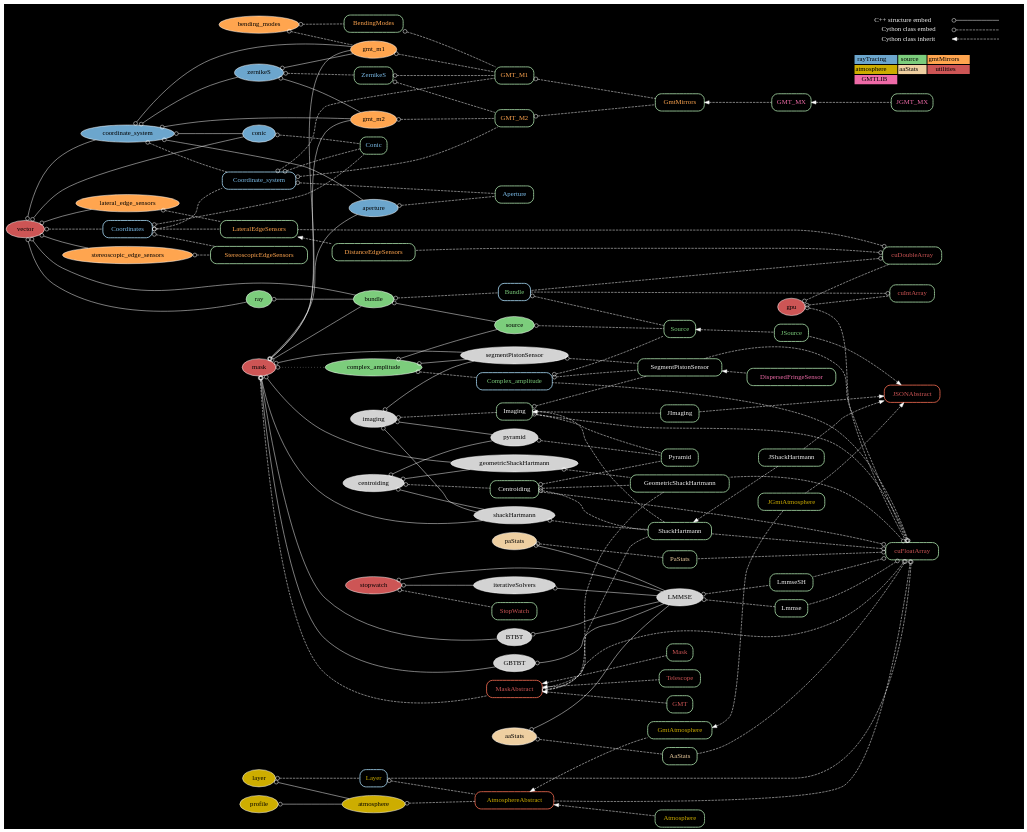
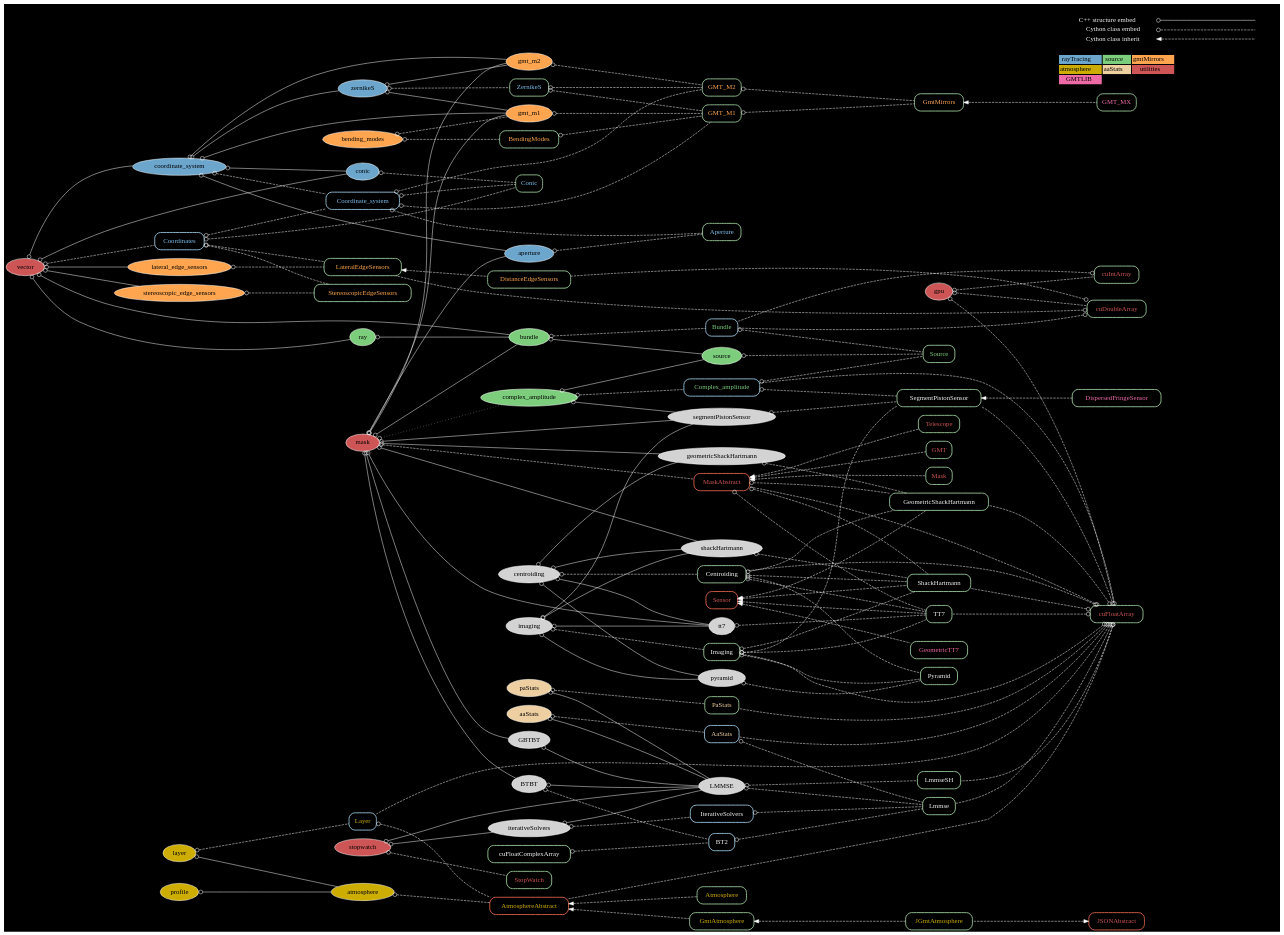
One commit to rconan/CEO changed the diagram in graph/ceo.dot. Above: the diagram before and after it, drawn with Graphviz. The commit also changed 1 other file, not shown here.

Commit message:
CEO GRAPH UPDATE

```diff
--- a/graph/ceo.dot
+++ b/graph/ceo.dot
@@ -2,6 +2,7 @@
 overlap=false
 splines=true
 bgcolor = black
+ranksep=2;
 node[style=filled,fillcolor=lightgray,color=white];
 edge[arrowtail=odot,dir=back,color=white];
 
@@ -50,7 +51,7 @@
 gpu;
 }
 
-centroiding -> {shackHartmann; geometricShackHartmann};
+centroiding -> {shackHartmann; geometricShackHartmann;tt7};
 centroiding -> pyramid;
 bundle -> source;
 
@@ -76,8 +77,8 @@
 gpu;
 
 complex_amplitude -> segmentPistonSensor;
-mask -> {shackHartmann;geometricShackHartmann;gmt_m1;gmt_m2;bundle;BTBT;GBTBT;segmentPistonSensor;}
-imaging -> {shackHartmann;pyramid;segmentPistonSensor;}
+mask -> {shackHartmann;geometricShackHartmann;tt7;gmt_m1;gmt_m2;bundle;BTBT;GBTBT;segmentPistonSensor;}
+imaging -> {shackHartmann;tt7;pyramid;segmentPistonSensor;}
 
 edge[style=dotted,color=white]
 mask -> complex_amplitude;
@@ -96,6 +97,7 @@
 cuFloatArray;
 cuDoubleArray;
 JSONAbstract;
+Sensor;
 }
 
 {
@@ -112,7 +114,6 @@
 Bundle;
 Complex_amplitude;
 Source;
-JSource;
 }
 
 {
@@ -143,12 +144,19 @@
 {
 node[fontcolor=hotpink2]
 GMT_MX;
-JGMT_MX;
 DispersedFringeSensor;
+GeometricTT7;
 }
 
-aaStats -> AaStats;
+AaStats[color=lightskyblue3];
+BT2[color=lightskyblue3];
+IterativeSolvers[color=lightskyblue3];
+
+aaStats -> AaStats -> Lmmse;
 paStats -> PaStats;
+BTBT -> BT2 -> Lmmse;
+iterativeSolvers -> IterativeSolvers -> Lmmse;
+
 
 centroiding -> Centroiding;
 imaging -> Imaging;
@@ -164,9 +172,12 @@
 Bundle -> Source[label="rays"];
 
 shackHartmann -> ShackHartmann;
+tt7 -> TT7;
 geometricShackHartmann -> GeometricShackHartmann;
-MaskAbstract -> {ShackHartmann; GeometricShackHartmann}
-Centroiding -> {ShackHartmann; GeometricShackHartmann}
+MaskAbstract -> {ShackHartmann;
+  TT7; GeometricShackHartmann}
+  Centroiding -> {ShackHartmann;
+    TT7; GeometricShackHartmann}
 
 pyramid -> Pyramid;
 Centroiding -> Pyramid;
@@ -209,14 +220,18 @@
 MaskAbstract[color=coral3]
 mask -> MaskAbstract;
 Complex_amplitude -> SegmentPistonSensor;
-Imaging -> {ShackHartmann;Pyramid;SegmentPistonSensor;}
+Imaging -> {ShackHartmann;
+  TT7;Pyramid;SegmentPistonSensor;}
 
 stopwatch -> StopWatch;
 
 gpu -> {cuFloatArray;cuIntArray;cuDoubleArray;}
 LMMSE -> {Lmmse;LmmseSH;}
-cuFloatArray -> {Imaging;Centroiding;Complex_amplitude;ShackHartmann;GeometricShackHartmann;SegmentPistonSensor;Layer;MaskAbstract;Lmmse;LmmseSH;AtmosphereAbstract;AaStats;PaStats;}
+cuFloatArray -> {Imaging;Centroiding;Complex_amplitude;ShackHartmann;
+  TT7;GeometricShackHartmann;SegmentPistonSensor;Layer;MaskAbstract;Lmmse;LmmseSH;AtmosphereAbstract;AaStats;PaStats;}
+cuFloatComplexArray -> BT2;
 
+  
 edge[dir=back,arrowtail=normal];
 
 AtmosphereAbstract -> Atmosphere;
@@ -226,18 +241,15 @@
 MaskAbstract -> Telescope;
 MaskAbstract -> GMT;
 
-GmtMirrors -> GMT_MX -> JGMT_MX;
+GmtMirrors -> GMT_MX;
 SegmentPistonSensor -> DispersedFringeSensor;
+Sensor -> GeometricTT7;
 LateralEdgeSensors -> DistanceEdgeSensors;
 
-Source -> JSource;
-
-Imaging -> JImaging;
-
-ShackHartmann -> JShackHartmann;
-
 JSONAbstract[color=coral3];
-JSONAbstract -> {JSource; JImaging; JGmtAtmosphere; JShackHartmann;}
+JSONAbstract -> {JGmtAtmosphere;}
+Sensor[color=coral3];
+Sensor -> {ShackHartmann; GeometricShackHartmann;TT7};
 
 #{rank = source; mask;}
 #{rank = same; gpu; GMT_MX; Atmosphere;}
```
